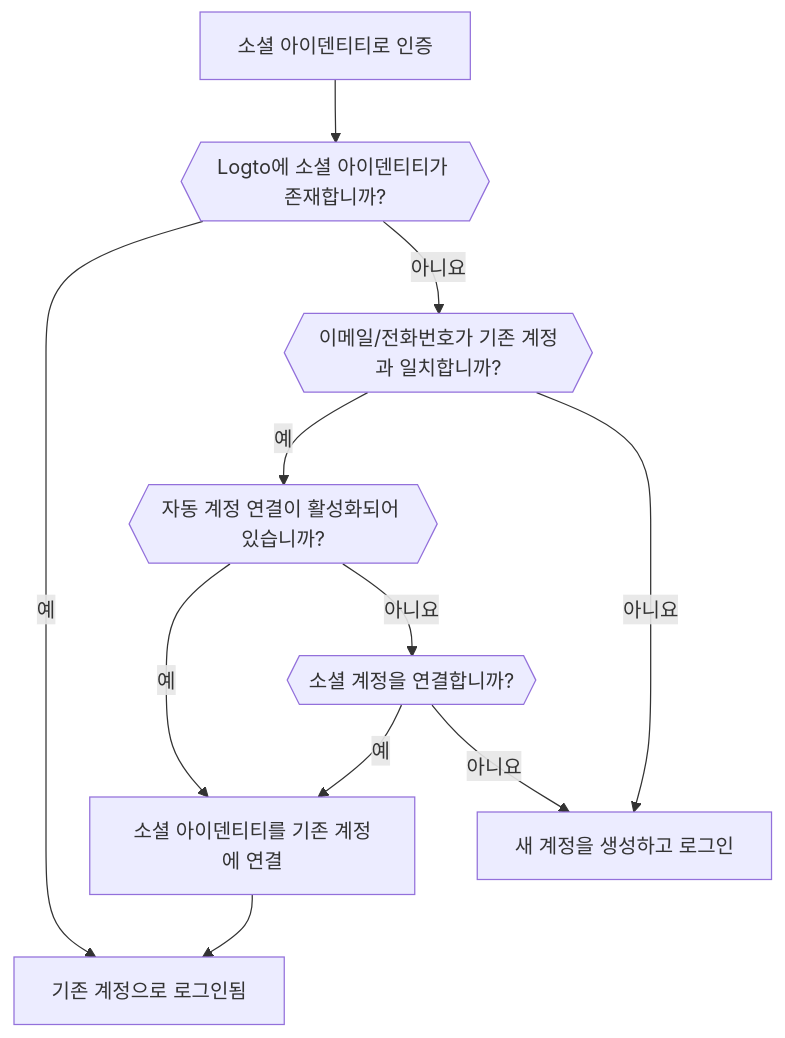
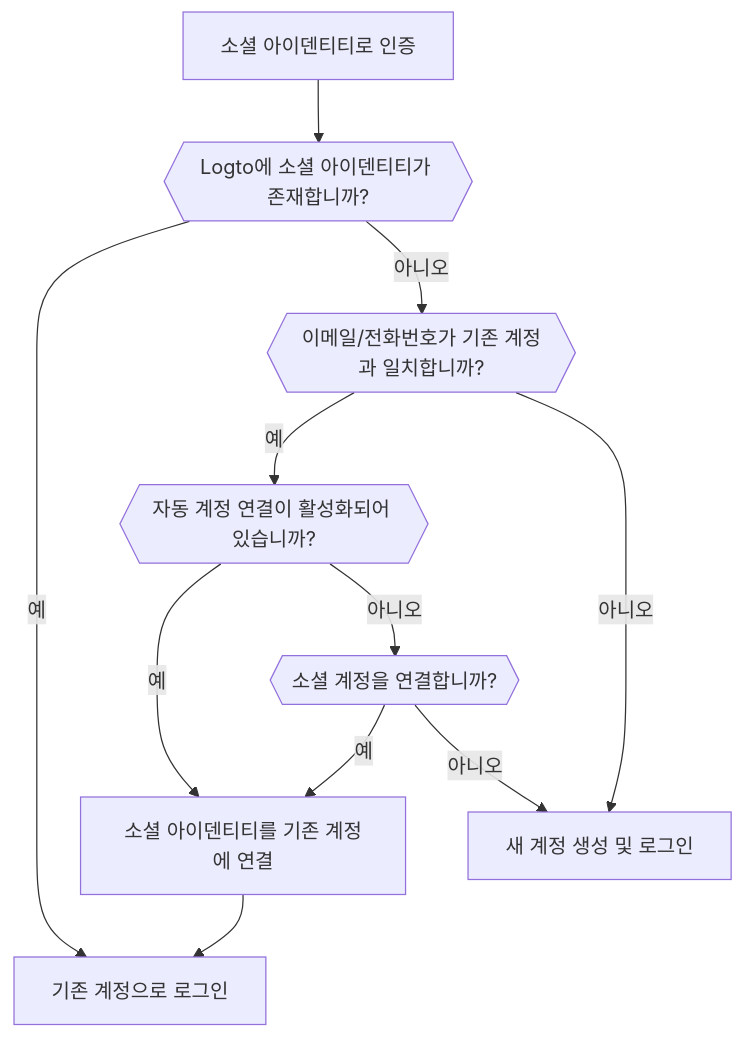
Before and after one commit to logto-io/docs: the third of 5 diagrams in i18n/ko/docusaurus-plugin-content-docs/current/end-user-flows/sign-up-and-sign-in/social-sign-in.mdx, drawn with Mermaid. The commit also changed other lines of this file and 2629 other files, not shown here.

````diff
--- a/i18n/ko/docusaurus-plugin-content-docs/current/end-user-flows/sign-up-and-sign-in/social-sign-in.mdx
+++ b/i18n/ko/docusaurus-plugin-content-docs/current/end-user-flows/sign-up-and-sign-in/social-sign-in.mdx
@@ -109,13 +112,13 @@
     ```mermaid
     flowchart TD
     A[소셜 아이덴티티로 인증] --> B{{Logto에 소셜 아이덴티티가 존재합니까?}}
-    B -- 예 --> C[기존 계정으로 로그인됨]
-    B -- 아니요 --> D{{이메일/전화번호가 기존 계정과 일치합니까?}}
+    B -- 예 --> C[기존 계정으로 로그인]
+    B -- 아니오 --> D{{이메일/전화번호가 기존 계정과 일치합니까?}}
     D -- 예 --> E{{자동 계정 연결이 활성화되어 있습니까?}}
     E -- 예 --> G[소셜 아이덴티티를 기존 계정에 연결]
     G --> C
-    D -- 아니요 --> H[새 계정을 생성하고 로그인]
-    E -- 아니요 --> I{{소셜 계정을 연결합니까?}}
+    D -- 아니오 --> H[새 계정 생성 및 로그인]
+    E -- 아니오 --> I{{소셜 계정을 연결합니까?}}
     I -- 예 --> G
-    I -- 아니요 --> H
+    I -- 아니오 --> H
     ```
````
